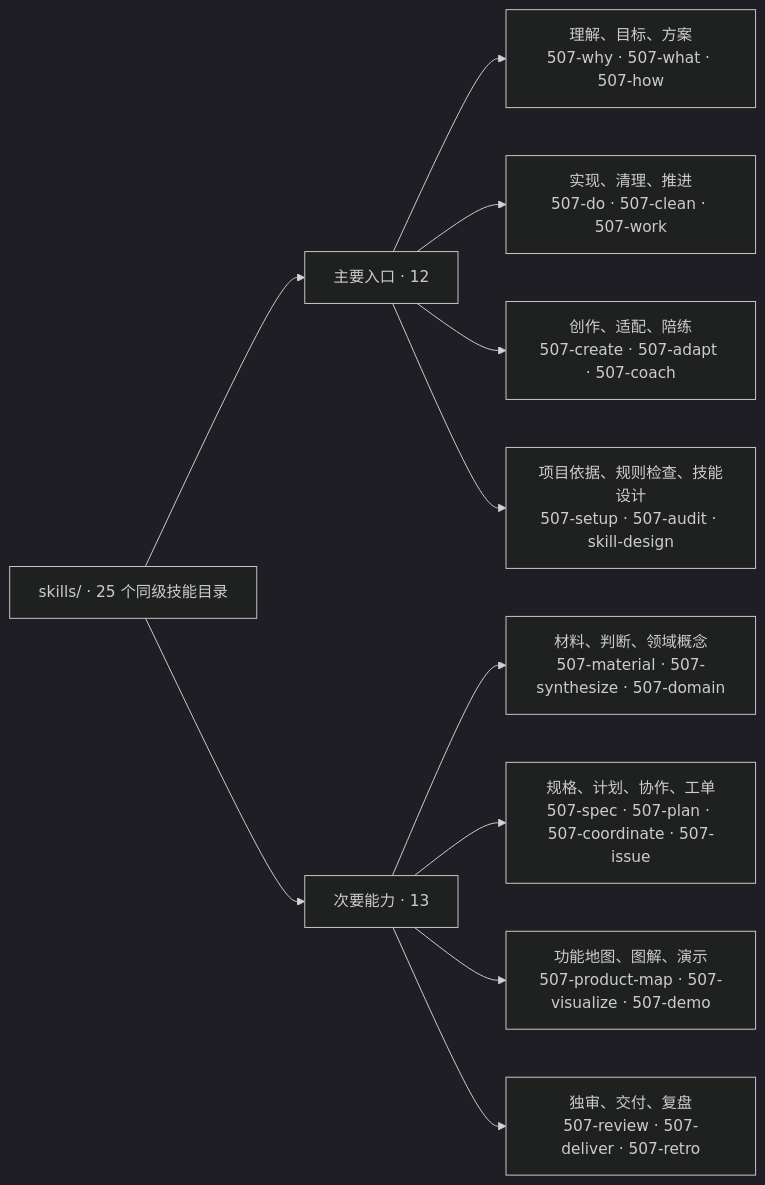
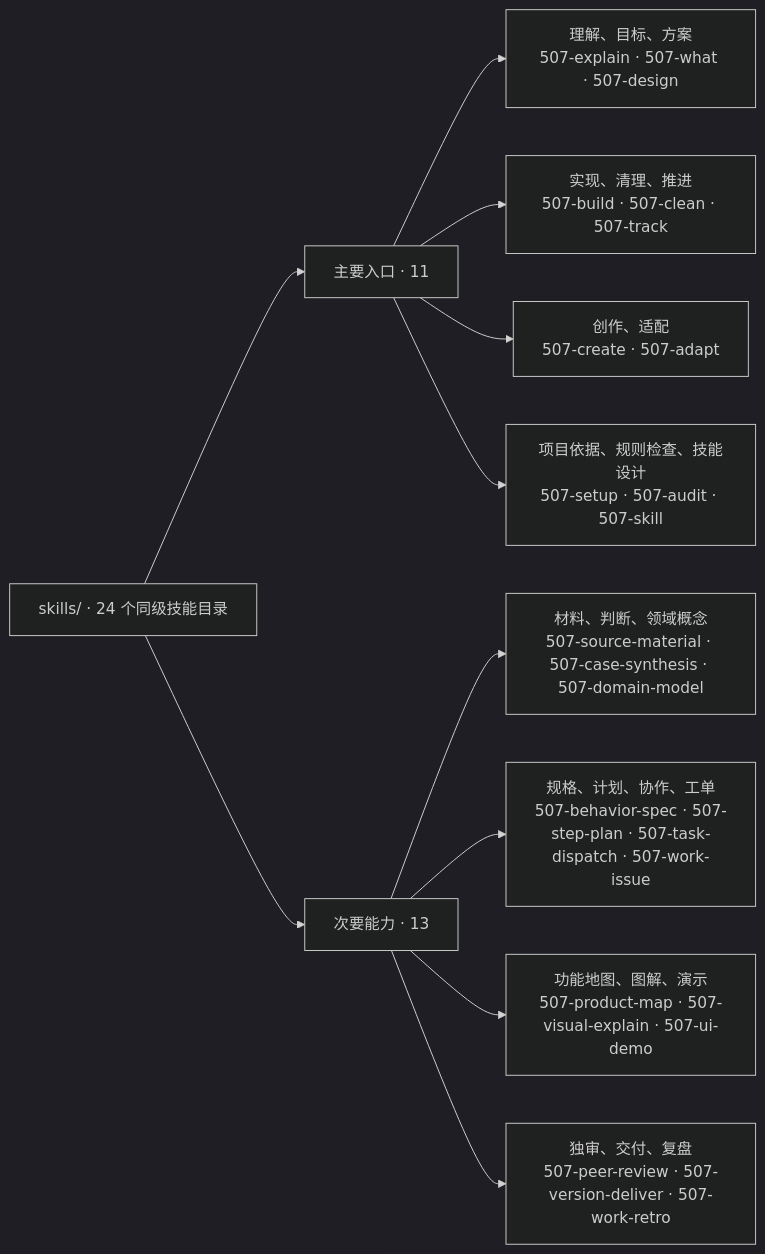
One commit to ssdiwu/507-skills changed the diagram in skills/README.md. Above: the diagram before and after it, drawn with Mermaid (dark theme). The commit also changed other lines of this file and 186 other files, not shown here.

Commit message:
feat: 重构 24 技能分层命名体系并提供本地技能应用地图

````diff
--- a/skills/README.md
+++ b/skills/README.md
@@ -9,14 +9,14 @@
 ```mermaid
 flowchart LR
-    root["skills/ · 25 个同级技能目录"]
-    root --> primary["主要入口 · 12"]
+    root["skills/ · 24 个同级技能目录"]
+    root --> primary["主要入口 · 11"]
     root --> secondary["次要能力 · 13"]
-    primary --> p1["理解、目标、方案<br/>507-why · 507-what · 507-how"]
-    primary --> p2["实现、清理、推进<br/>507-do · 507-clean · 507-work"]
-    primary --> p3["创作、适配、陪练<br/>507-create · 507-adapt · 507-coach"]
-    primary --> p4["项目依据、规则检查、技能设计<br/>507-setup · 507-audit · skill-design"]
-    secondary --> s1["材料、判断、领域概念<br/>507-material · 507-synthesize · 507-domain"]
-    secondary --> s2["规格、计划、协作、工单<br/>507-spec · 507-plan · 507-coordinate · 507-issue"]
-    secondary --> s3["功能地图、图解、演示<br/>507-product-map · 507-visualize · 507-demo"]
-    secondary --> s4["独审、交付、复盘<br/>507-review · 507-deliver · 507-retro"]
+    primary --> p1["理解、目标、方案<br/>507-explain · 507-what · 507-design"]
+    primary --> p2["实现、清理、推进<br/>507-build · 507-clean · 507-track"]
+    primary --> p3["创作、适配<br/>507-create · 507-adapt"]
+    primary --> p4["项目依据、规则检查、技能设计<br/>507-setup · 507-audit · 507-skill"]
+    secondary --> s1["材料、判断、领域概念<br/>507-source-material · 507-case-synthesis · 507-domain-model"]
+    secondary --> s2["规格、计划、协作、工单<br/>507-behavior-spec · 507-step-plan · 507-task-dispatch · 507-work-issue"]
+    secondary --> s3["功能地图、图解、演示<br/>507-product-map · 507-visual-explain · 507-ui-demo"]
+    secondary --> s4["独审、交付、复盘<br/>507-peer-review · 507-version-deliver · 507-work-retro"]
 ```
````
